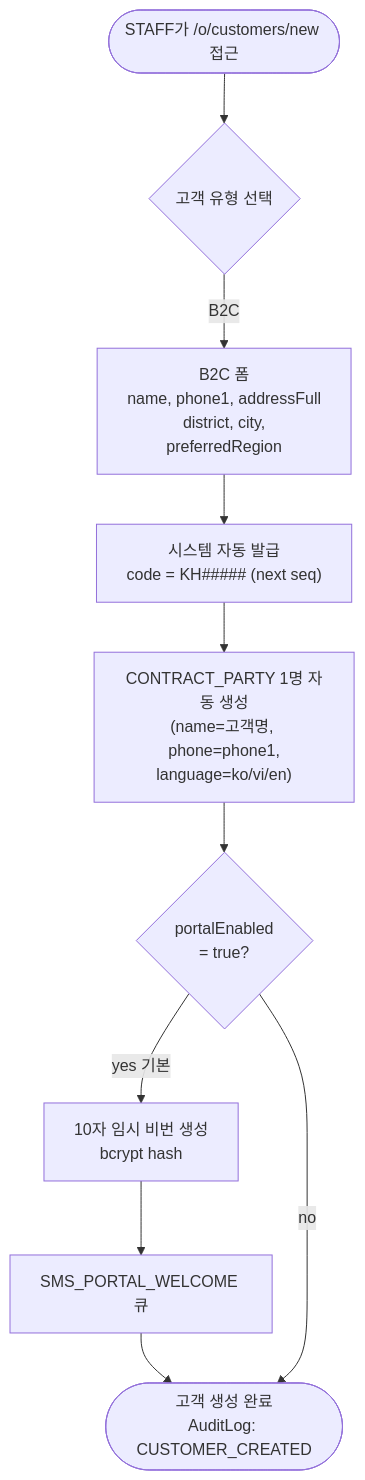
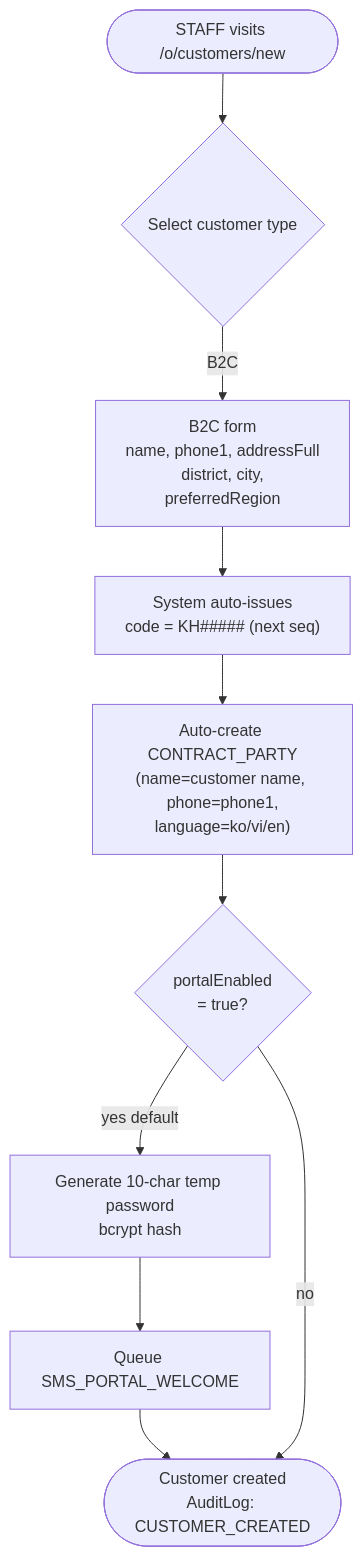
Before and after one commit to JoJakeTaemoon/jakes-home-appliances-soms: the fifth of 43 diagrams in docs/USER_WORKFLOWS.md, drawn with Mermaid. The commit also changed other lines of this file and 1 other file, not shown here.

First line of the commit message:
docs(workflows): add per-Part summary diagrams to HOW_TO_USE.md + translate USER_WORKFLOWS.md to English

````diff
--- a/docs/USER_WORKFLOWS.md
+++ b/docs/USER_WORKFLOWS.md
@@ -196,18 +196,18 @@
 ```mermaid
 flowchart TD
-  Start([STAFF가 /o/customers/new 접근])
-  ChooseType{고객 유형 선택}
-  B2CForm["B2C 폼<br/>name, phone1, addressFull<br/>district, city,<br/>preferredRegion"]
-  GenCode["시스템 자동 발급<br/>code = KH##### (next seq)"]
-  CreateCP["CONTRACT_PARTY 1명 자동 생성<br/>(name=고객명, phone=phone1,<br/>language=ko/vi/en)"]
+  Start([STAFF visits /o/customers/new])
+  ChooseType{Select customer type}
+  B2CForm["B2C form<br/>name, phone1, addressFull<br/>district, city,<br/>preferredRegion"]
+  GenCode["System auto-issues<br/>code = KH##### (next seq)"]
+  CreateCP["Auto-create CONTRACT_PARTY<br/>(name=customer name, phone=phone1,<br/>language=ko/vi/en)"]
   PortalCheck{portalEnabled<br/>= true?}
-  GenPwd["10자 임시 비번 생성<br/>bcrypt hash"]
-  SMSWelcome["SMS_PORTAL_WELCOME 큐"]
-  Done([고객 생성 완료<br/>AuditLog: CUSTOMER_CREATED])
+  GenPwd["Generate 10-char temp password<br/>bcrypt hash"]
+  SMSWelcome["Queue SMS_PORTAL_WELCOME"]
+  Done([Customer created<br/>AuditLog: CUSTOMER_CREATED])
 
   Start --> ChooseType
   ChooseType -->|B2C| B2CForm
   B2CForm --> GenCode --> CreateCP --> PortalCheck
-  PortalCheck -->|yes 기본| GenPwd --> SMSWelcome --> Done
+  PortalCheck -->|yes default| GenPwd --> SMSWelcome --> Done
   PortalCheck -->|no| Done
 ```
````
